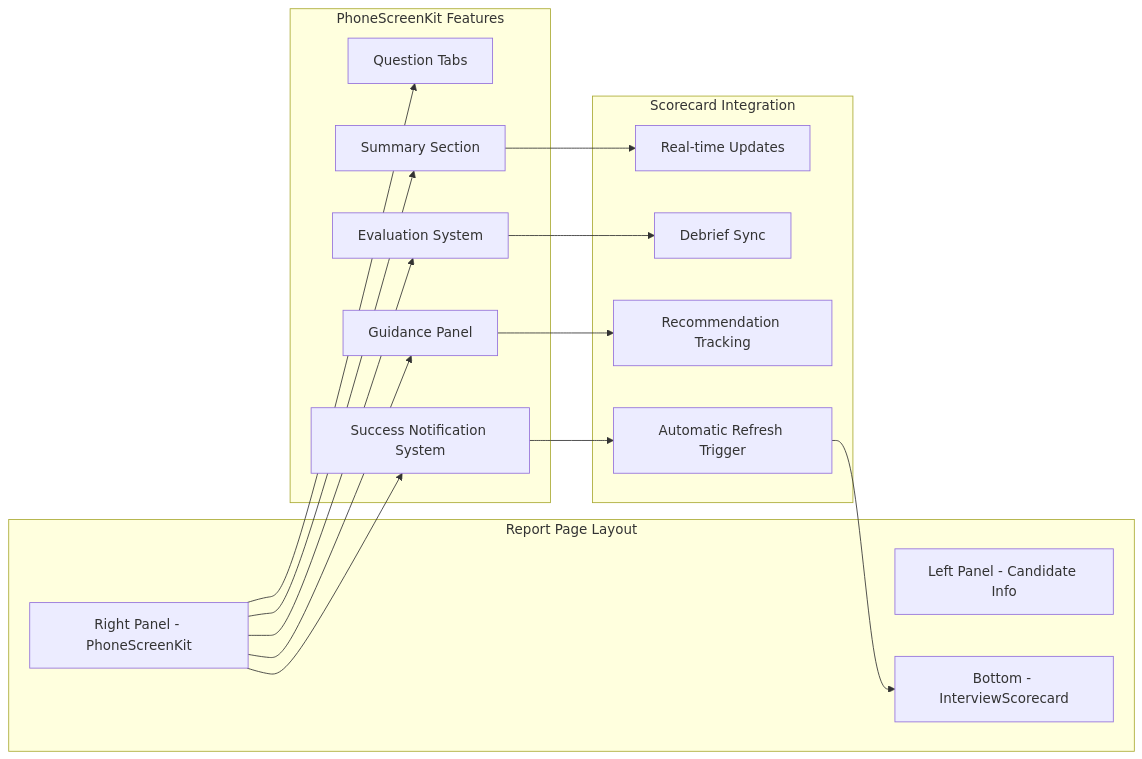
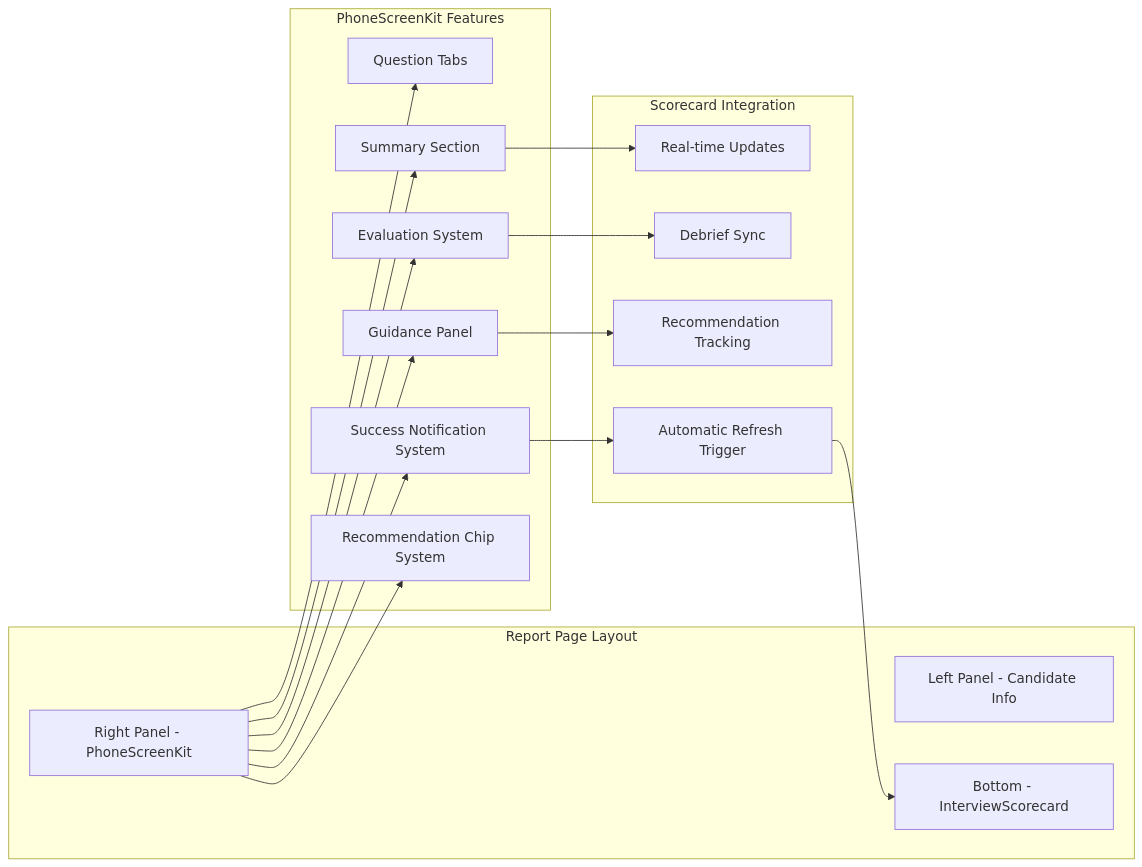
The seventh of 10 diagrams in .qoder/repowiki/en/content/Frontend Architecture/Component Library/PhoneScreenKit Component.md (Revanththetalogics/aireume), drawn with Mermaid before and after one commit. The commit also changed other lines of this file and 4 other files, not shown here.

````diff
--- a/.qoder/repowiki/en/content/Frontend Architecture/Component Library/PhoneScreenKit Component.md
+++ b/.qoder/repowiki/en/content/Frontend Architecture/Component Library/PhoneScreenKit Component.md
@@ -343,31 +355,33 @@
 ```mermaid
 graph LR
 subgraph "Report Page Layout"
 A[Left Panel - Candidate Info]
 B[Right Panel - PhoneScreenKit]
 C[Bottom - InterviewScorecard]
 end
 subgraph "PhoneScreenKit Features"
 D[Question Tabs]
 E[Evaluation System]
 F[Guidance Panel]
 G[Summary Section]
 H[Success Notification System]
+I[Recommendation Chip System]
 end
 subgraph "Scorecard Integration"
-I[Real-time Updates]
-J[Debrief Sync]
-K[Recommendation Tracking]
-L[Automatic Refresh Trigger]
+J[Real-time Updates]
+K[Debrief Sync]
+L[Recommendation Tracking]
+M[Automatic Refresh Trigger]
 end
 B --> D
 B --> E
 B --> F
 B --> G
 B --> H
-G --> I
-E --> J
-F --> K
-H --> L
-L --> C
+B --> I
+G --> J
+E --> K
+F --> L
+H --> M
+M --> C
 ```
````
